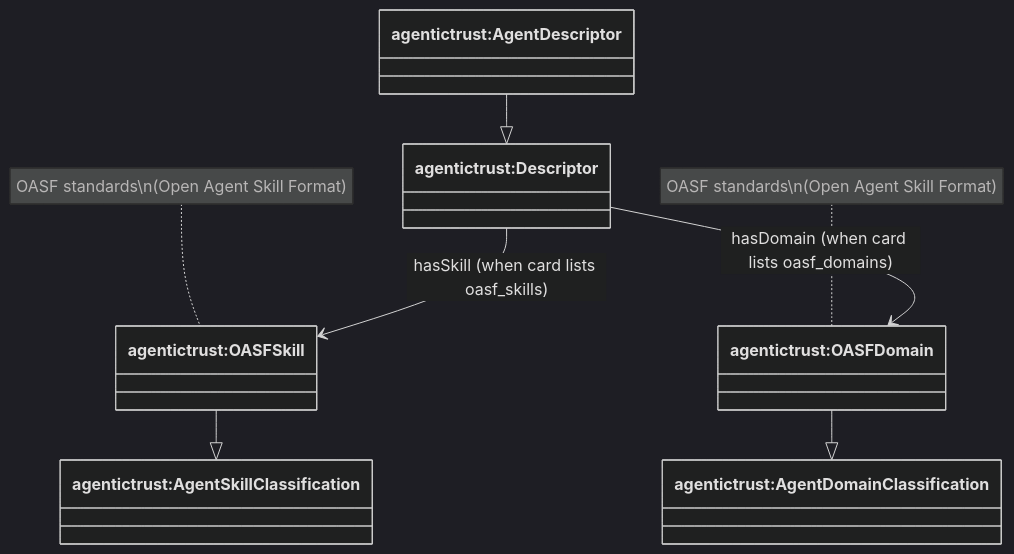
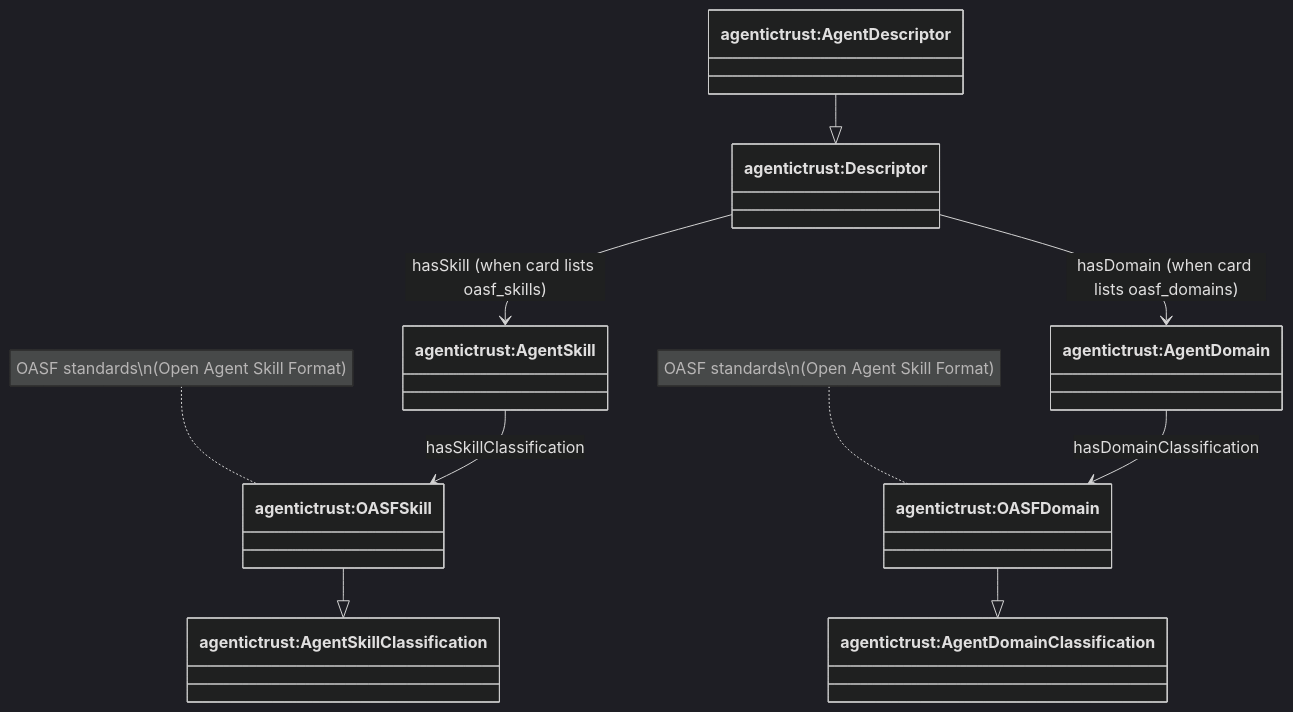
Before and after one commit to Agentic-Trust-Layer/agent-explorer: the second of 2 diagrams in docs/ontology/skills-domains.md, drawn with Mermaid (dark theme). The commit also changed other lines of this file and 27 other files, not shown here.

````diff
--- a/docs/ontology/skills-domains.md
+++ b/docs/ontology/skills-domains.md
@@ -80,21 +88,25 @@
 ```mermaid
 classDiagram
 direction TB
 
 class OASFSkill["agentictrust:OASFSkill"]
 class OASFDomain["agentictrust:OASFDomain"]
 class Descriptor["agentictrust:Descriptor"]
 class AgentDescriptor["agentictrust:AgentDescriptor"]
+class AgentSkill["agentictrust:AgentSkill"]
 class AgentSkillClassification["agentictrust:AgentSkillClassification"]
+class AgentDomain["agentictrust:AgentDomain"]
 class AgentDomainClassification["agentictrust:AgentDomainClassification"]
 
 AgentDescriptor --|> Descriptor
-Descriptor --> OASFSkill : hasSkill (when card lists oasf_skills)
-Descriptor --> OASFDomain : hasDomain (when card lists oasf_domains)
+Descriptor --> AgentSkill : hasSkill (when card lists oasf_skills)
+AgentSkill --> OASFSkill : hasSkillClassification
+Descriptor --> AgentDomain : hasDomain (when card lists oasf_domains)
+AgentDomain --> OASFDomain : hasDomainClassification
 
 OASFSkill --|> AgentSkillClassification
 OASFDomain --|> AgentDomainClassification
 
 note for OASFSkill "OASF standards\n(Open Agent Skill Format)"
 note for OASFDomain "OASF standards\n(Open Agent Skill Format)"
 ```
````
